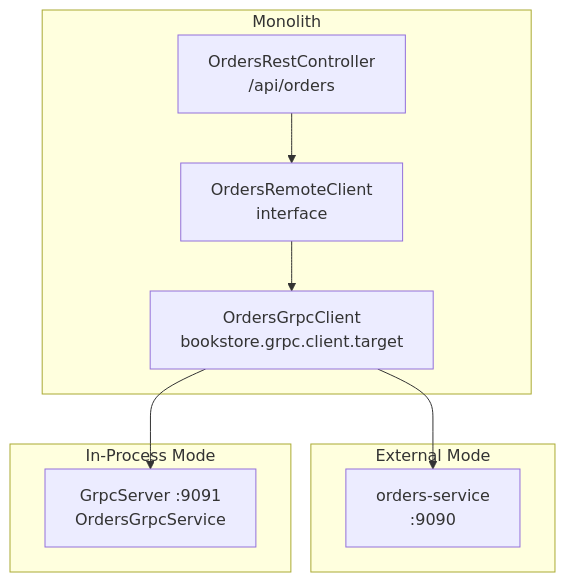
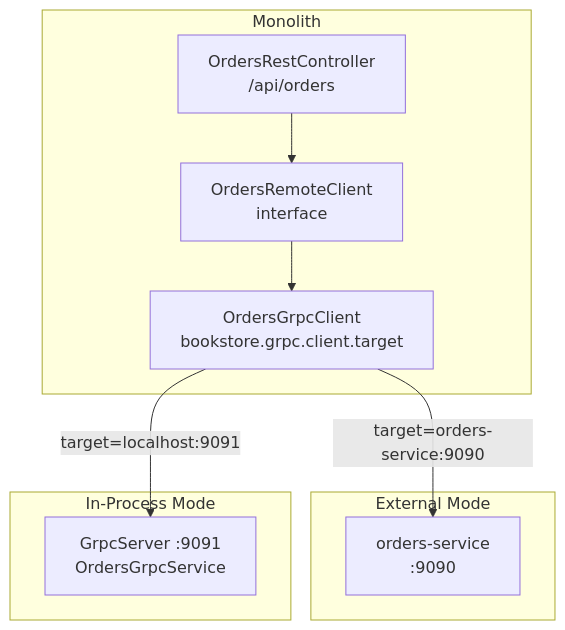
The third of 3 diagrams in docs/deepwiki/gRPC-Properties.md (philipz/spring-modular-monolith), drawn with Mermaid before and after one commit. The commit also changed 55 other files, not shown here.

````diff
--- a/docs/deepwiki/gRPC-Properties.md
+++ b/docs/deepwiki/gRPC-Properties.md
@@ -226,28 +226,28 @@
 ```mermaid
 flowchart TD
 
 RestController["OrdersRestController<br>/api/orders"]
 RemoteClient["OrdersRemoteClient<br>interface"]
 GrpcClient["OrdersGrpcClient<br>bookstore.grpc.client.target"]
 LocalServer["GrpcServer :9091<br>OrdersGrpcService"]
 ExternalService["orders-service<br>:9090"]
 
-GrpcClient --> LocalServer
-GrpcClient --> ExternalService
+GrpcClient -->|"target=localhost:9091"| LocalServer
+GrpcClient -->|"target=orders-service:9090"| ExternalService
 
 subgraph subGraph2 ["External Mode"]
     ExternalService
 end
 
 subgraph subGraph1 ["In-Process Mode"]
     LocalServer
 end
 
 subgraph Monolith ["Monolith"]
     RestController
     RemoteClient
     GrpcClient
     RestController --> RemoteClient
     RemoteClient --> GrpcClient
 end
 ```
````
